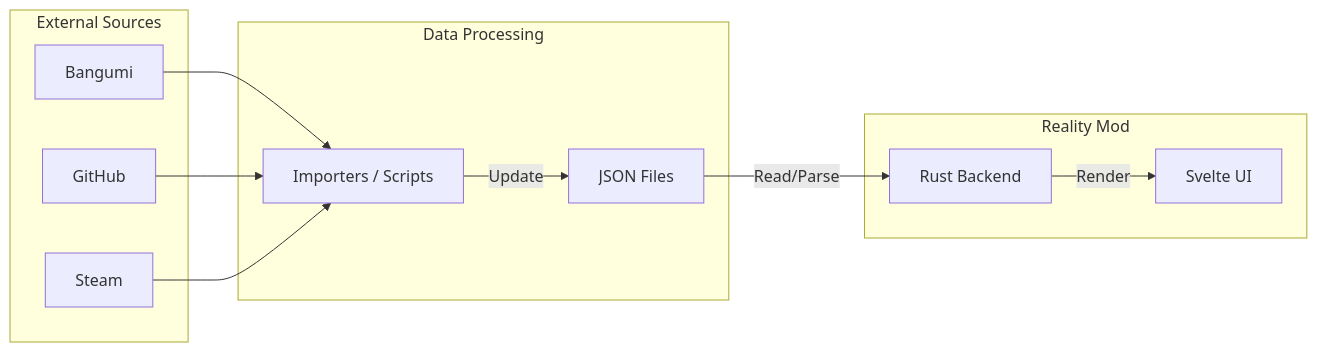
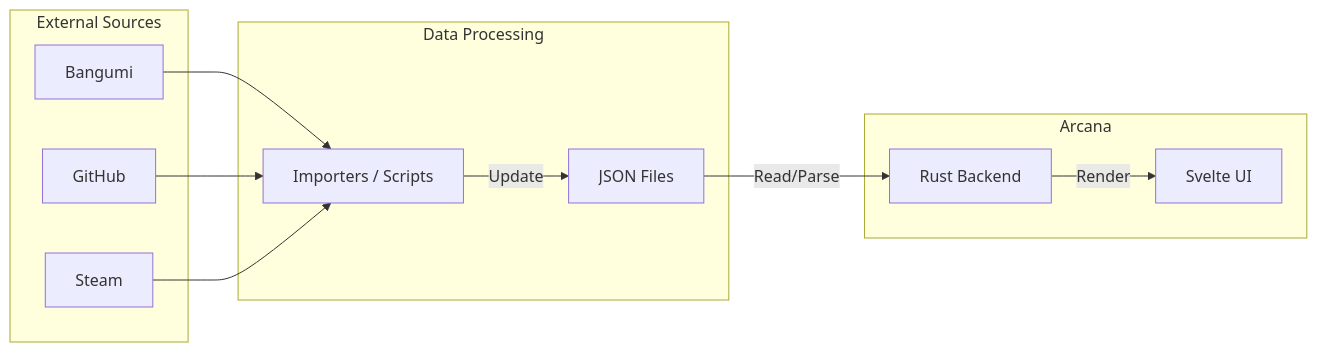
One commit to FollyCoolly/Arcana changed the diagram in README.md. Above: the diagram before and after it, drawn with Mermaid. The commit also changed other lines of this file and 26 other files, not shown here.

````diff
--- a/README.md
+++ b/README.md
@@ -87,23 +87,23 @@
 ```mermaid
 graph LR
     subgraph "External Sources"
         A[Bangumi]
         B[GitHub]
         C[Steam]
     end
 
     subgraph "Data Processing"
         D[Importers / Scripts]
         E[JSON Files]
     end
 
-    subgraph "Reality Mod"
+    subgraph "Arcana"
         F[Rust Backend]
         G[Svelte UI]
     end
 
     A & B & C --> D
     D -->|Update| E
     E -->|Read/Parse| F
     F -->|Render| G
 ```
````
